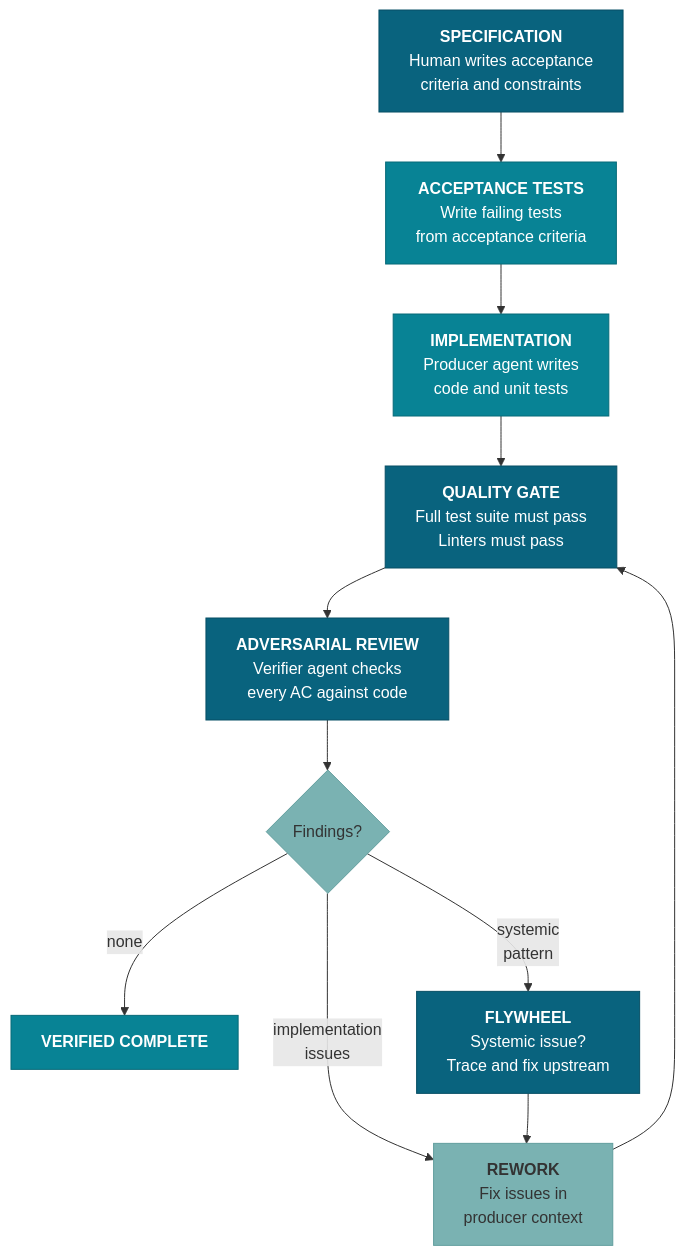
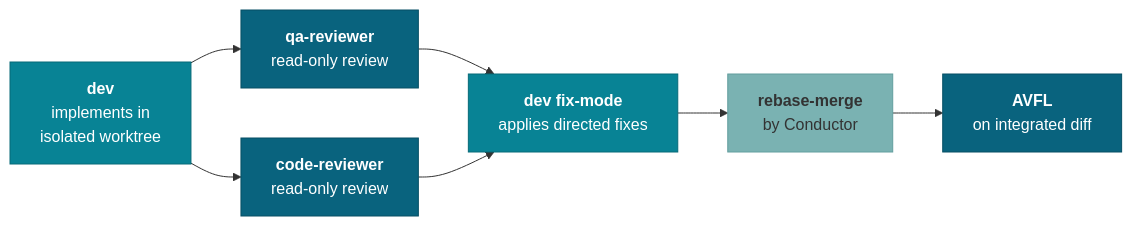
Before and after one commit to iamsteveholmes/momentum: the second of 2 diagrams in README.md, drawn with Mermaid. The commit also changed other lines of this file and 1 other file, not shown here.

````diff
--- a/README.md
+++ b/README.md
@@ -304,33 +129,20 @@
 ```mermaid
-graph TD
-    SPEC["<b>SPECIFICATION</b><br/>Human writes acceptance<br/>criteria and constraints"]
-    ATDD["<b>ACCEPTANCE TESTS</b><br/>Write failing tests<br/>from acceptance criteria"]
-    IMPL["<b>IMPLEMENTATION</b><br/>Producer agent writes<br/>code and unit tests"]
-    GATE["<b>QUALITY GATE</b><br/>Full test suite must pass<br/>Linters must pass"]
-    REVIEW["<b>ADVERSARIAL REVIEW</b><br/>Verifier agent checks<br/>every AC against code"]
-    DECIDE{Findings?}
-    DONE["<b>VERIFIED COMPLETE</b>"]
-    REWORK["<b>REWORK</b><br/>Fix issues in<br/>producer context"]
-    FLYWHEEL["<b>FLYWHEEL</b><br/>Systemic issue?<br/>Trace and fix upstream"]
+graph LR
+    D["<b>dev</b><br/>implements in<br/>isolated worktree"]
+    QA["<b>qa-reviewer</b><br/>read-only review"]
+    CR["<b>code-reviewer</b><br/>read-only review"]
+    F["<b>dev fix-mode</b><br/>applies directed fixes"]
+    M["<b>rebase-merge</b><br/>by Conductor"]
+    A["<b>AVFL</b><br/>on integrated diff"]
 
-    SPEC --> ATDD
-    ATDD --> IMPL
-    IMPL --> GATE
-    GATE --> REVIEW
-    REVIEW --> DECIDE
-    DECIDE -- "none" --> DONE
-    DECIDE -- "implementation<br/>issues" --> REWORK
-    DECIDE -- "systemic<br/>pattern" --> FLYWHEEL
-    REWORK --> GATE
-    FLYWHEEL --> REWORK
+    D --> QA --> F
+    D --> CR --> F
+    F --> M --> A
 
-    style SPEC fill:#09637E,stroke:#074f65,color:#fff
-    style ATDD fill:#088395,stroke:#066a78,color:#fff
-    style IMPL fill:#088395,stroke:#066a78,color:#fff
-    style GATE fill:#09637E,stroke:#074f65,color:#fff
-    style REVIEW fill:#09637E,stroke:#074f65,color:#fff
-    style DECIDE fill:#7AB2B2,stroke:#629e9e,color:#333
-    style DONE fill:#088395,stroke:#066a78,color:#fff
-    style REWORK fill:#7AB2B2,stroke:#629e9e,color:#333
-    style FLYWHEEL fill:#09637E,stroke:#074f65,color:#fff
+    style D fill:#088395,stroke:#066a78,color:#fff
+    style QA fill:#09637E,stroke:#074f65,color:#fff
+    style CR fill:#09637E,stroke:#074f65,color:#fff
+    style F fill:#088395,stroke:#066a78,color:#fff
+    style M fill:#7AB2B2,stroke:#629e9e,color:#333
+    style A fill:#09637E,stroke:#074f65,color:#fff
 ```
````
